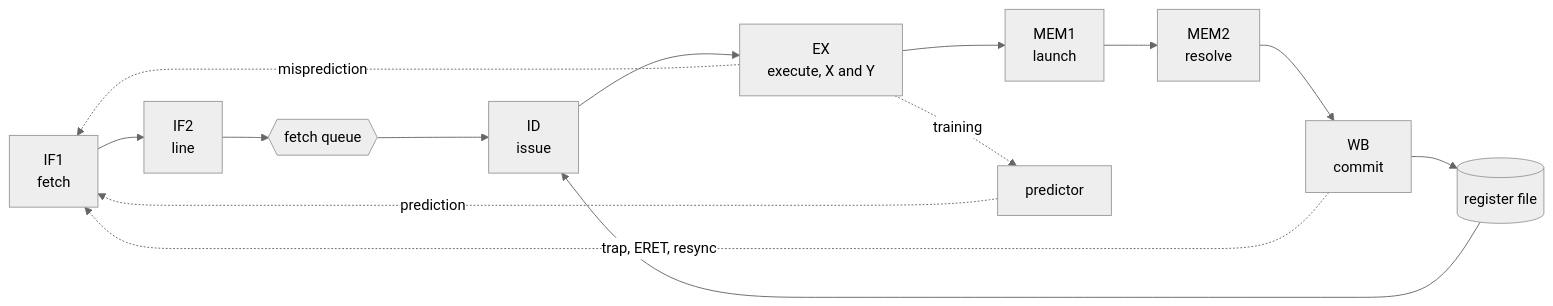
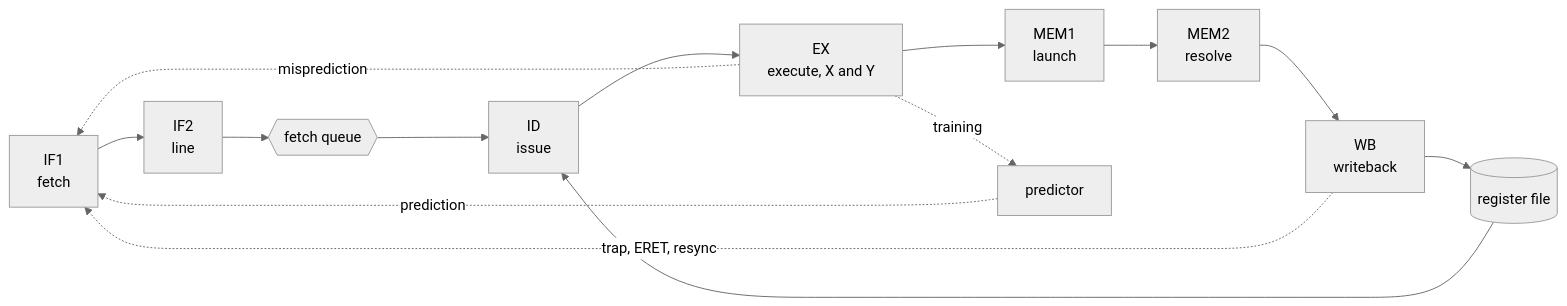
The second of 2 diagrams in doc/internals/penumbra4/structure.md (lonemeow/penumbra-minicomputer), drawn with Mermaid (neutral theme) before and after one commit. The commit also changed other lines of this file and 14 other files, not shown here.

````diff
--- a/doc/internals/penumbra4/structure.md
+++ b/doc/internals/penumbra4/structure.md
@@ -119,16 +120,16 @@
 ```mermaid
 graph LR
     IF1["IF1<br/>fetch"] --> IF2["IF2<br/>line"]
     IF2 --> Q{{"fetch queue"}}
     Q --> ID["ID<br/>issue"]
     ID --> EX["EX<br/>execute, X and Y"]
     EX --> MEM1["MEM1<br/>launch"]
     MEM1 --> MEM2["MEM2<br/>resolve"]
-    MEM2 --> WB["WB<br/>commit"]
+    MEM2 --> WB["WB<br/>writeback"]
     PR["predictor"] -.->|"prediction"| IF1
     EX -.->|"training"| PR
     EX -.->|"misprediction"| IF1
     WB -.->|"trap, ERET, resync"| IF1
     RF[("register file")] --> ID
     WB --> RF
 ```
````
